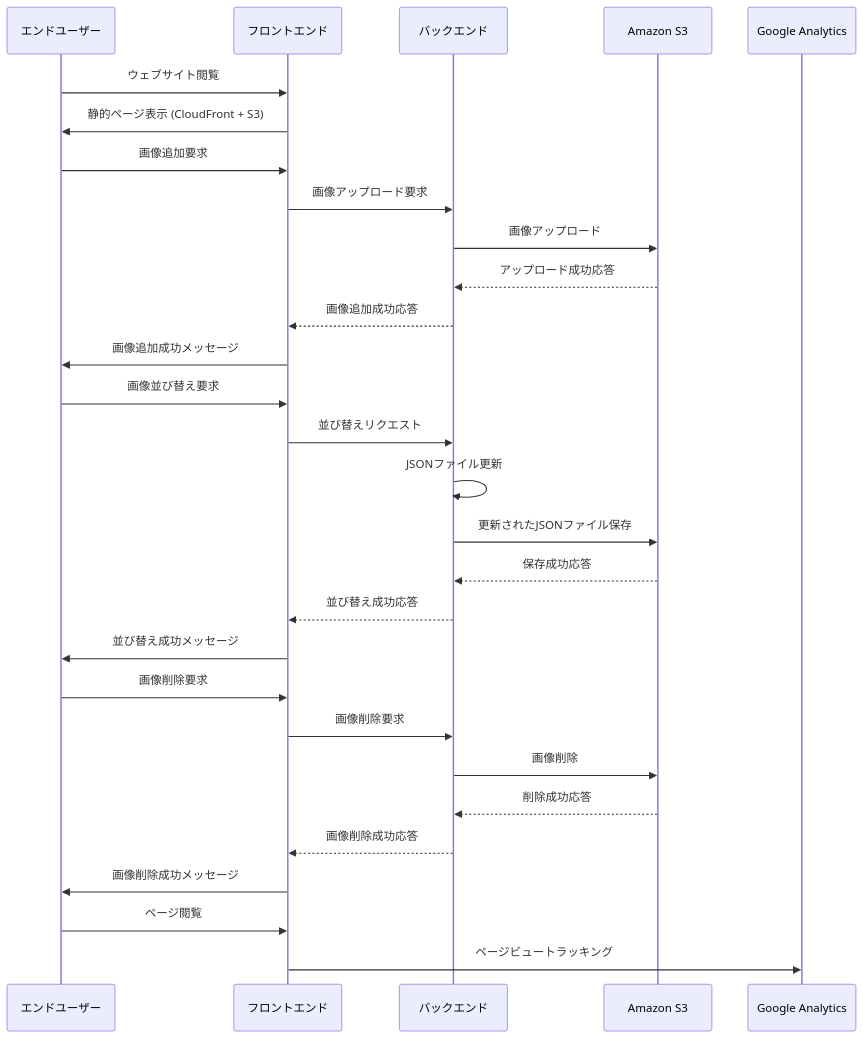
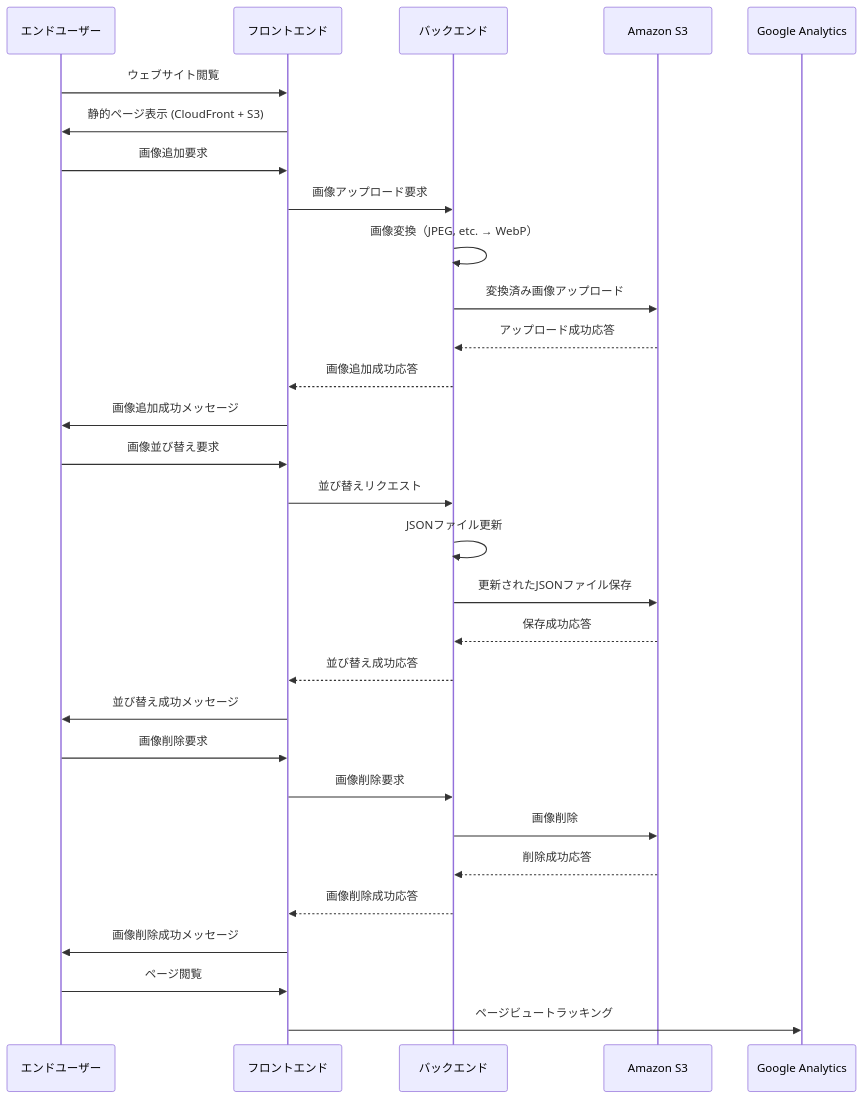
The diagram in README.md (ken-1200/yuishimamura-frontend), drawn with Mermaid before and after one commit.

````diff
--- a/README.md
+++ b/README.md
@@ -47,36 +47,37 @@
 ```mermaid
 sequenceDiagram
     participant User as エンドユーザー
     participant Frontend as フロントエンド
     participant Backend as バックエンド
     participant S3 as Amazon S3
     participant Analytics as Google Analytics
 
     User ->> Frontend: ウェブサイト閲覧
     Frontend ->> User: 静的ページ表示 (CloudFront + S3)
 
     User ->> Frontend: 画像追加要求
     Frontend ->> Backend: 画像アップロード要求
-    Backend ->> S3: 画像アップロード
+    Backend ->> Backend: 画像変換（JPEG, etc. → WebP）
+    Backend ->> S3: 変換済み画像アップロード
     S3 -->> Backend: アップロード成功応答
     Backend -->> Frontend: 画像追加成功応答
     Frontend ->> User: 画像追加成功メッセージ
 
     User ->> Frontend: 画像並び替え要求
     Frontend ->> Backend: 並び替えリクエスト
     Backend ->> Backend: JSONファイル更新
     Backend ->> S3: 更新されたJSONファイル保存
     S3 -->> Backend: 保存成功応答
     Backend -->> Frontend: 並び替え成功応答
     Frontend ->> User: 並び替え成功メッセージ
 
     User ->> Frontend: 画像削除要求
     Frontend ->> Backend: 画像削除要求
     Backend ->> S3: 画像削除
     S3 -->> Backend: 削除成功応答
     Backend -->> Frontend: 画像削除成功応答
     Frontend ->> User: 画像削除成功メッセージ
 
     User ->> Frontend: ページ閲覧
     Frontend ->> Analytics: ページビュートラッキング
 ```
````
